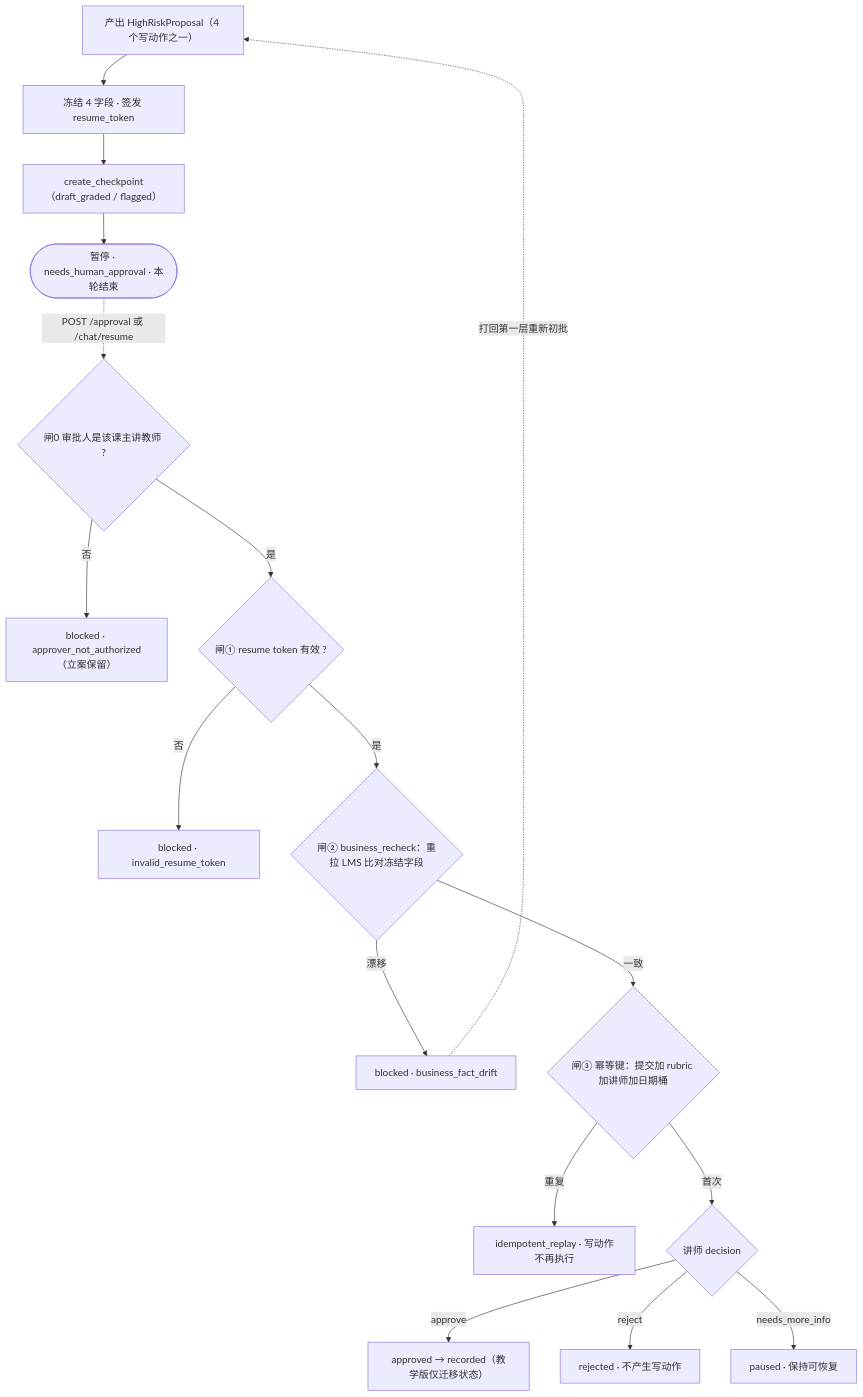
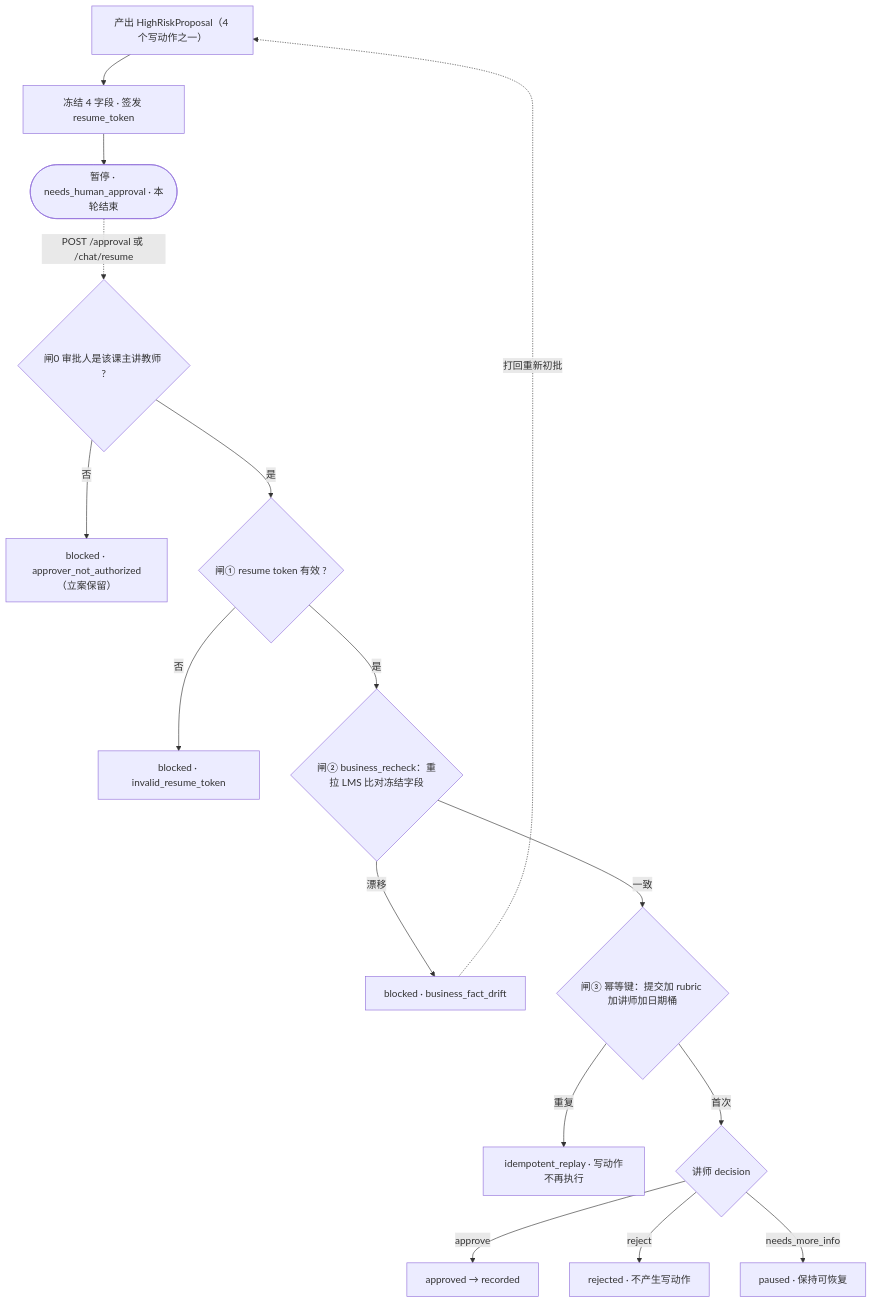
One commit to erictrainnlpinxihu/Grader-agent changed the fifth of 5 diagrams in docs/agent.md. Above: the diagram before and after it, drawn with Mermaid. The commit also changed other lines of this file and 16 other files, not shown here.

````diff
--- a/docs/agent.md
+++ b/docs/agent.md
@@ -148,19 +306,18 @@
 ```mermaid
 flowchart TD
     A["产出 HighRiskProposal（4 个写动作之一）"] --> F["冻结 4 字段 · 签发 resume_token"]
-    F --> CP["create_checkpoint（draft_graded / flagged）"]
-    CP --> WAIT(["暂停 · needs_human_approval · 本轮结束"])
+    F --> WAIT(["暂停 · needs_human_approval · 本轮结束"])
     WAIT -. "POST /approval 或 /chat/resume" .-> G0{"闸0 审批人是该课主讲教师 ?"}
     G0 -->|否| B0["blocked · approver_not_authorized（立案保留）"]
     G0 -->|是| G1{"闸① resume token 有效 ?"}
     G1 -->|否| B1["blocked · invalid_resume_token"]
     G1 -->|是| G2{"闸② business_recheck：重拉 LMS 比对冻结字段"}
     G2 -->|漂移| B2["blocked · business_fact_drift"]
     G2 -->|一致| G3{"闸③ 幂等键：提交加 rubric 加讲师加日期桶"}
     G3 -->|重复| B3["idempotent_replay · 写动作不再执行"]
     G3 -->|首次| DEC{"讲师 decision"}
-    DEC -->|approve| REC["approved → recorded（教学版仅迁移状态）"]
+    DEC -->|approve| REC["approved → recorded"]
     DEC -->|reject| REJ["rejected · 不产生写动作"]
     DEC -->|needs_more_info| PS["paused · 保持可恢复"]
-    B2 -. 打回第一层重新初批 .-> A
+    B2 -. 打回重新初批 .-> A
 ```
````
